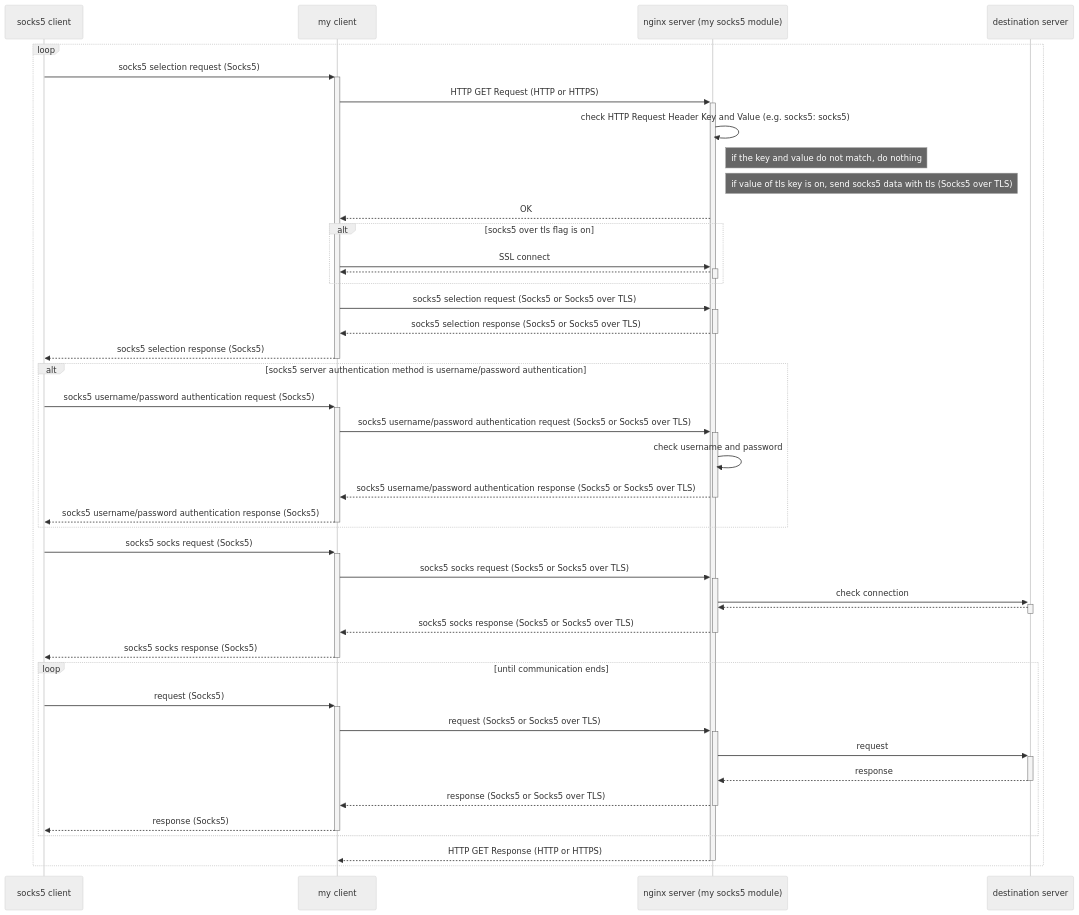
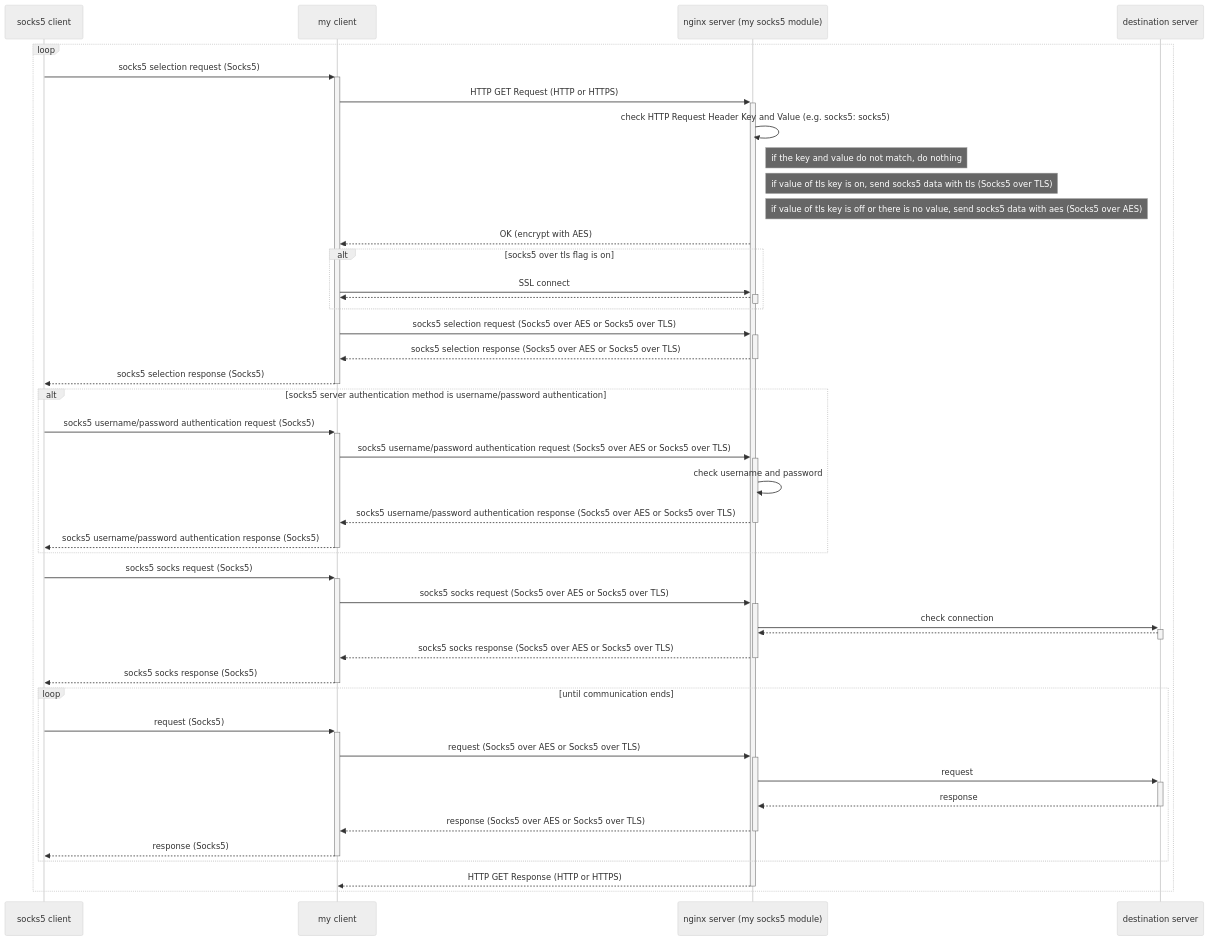
The diagram in README.md (shuichiro-endo/socks5-nginx-module), drawn with Mermaid (neutral theme) before and after one commit. The commit also changed other lines of this file and 4 other files, not shown here.

Commit message:
add socks5 over aes

````diff
--- a/README.md
+++ b/README.md
@@ -9,44 +9,45 @@
 ```mermaid
 sequenceDiagram
     participant A as socks5 client
     participant B as my client
     participant C as nginx server (my socks5 module)
     participant D as destination server
     loop 
         A->>+B: socks5 selection request (Socks5)
         B->>+C: HTTP GET Request (HTTP or HTTPS)
         C->>C: check HTTP Request Header Key and Value (e.g. socks5: socks5)
         note right of C: if the key and value do not match, do nothing
         note right of C: if value of tls key is on, send socks5 data with tls (Socks5 over TLS)
-        C-->>B: OK
+        note right of C: if value of tls key is off or there is no value, send socks5 data with aes (Socks5 over AES)
+        C-->>B: OK (encrypt with AES)
         alt socks5 over tls flag is on
         B->>+C: SSL connect
         C-->>-B: 
         end
-        B->>+C: socks5 selection request (Socks5 or Socks5 over TLS)
-        C-->>-B: socks5 selection response (Socks5 or Socks5 over TLS)
+        B->>+C: socks5 selection request (Socks5 over AES or Socks5 over TLS)
+        C-->>-B: socks5 selection response (Socks5 over AES or Socks5 over TLS)
         B-->>-A: socks5 selection response (Socks5)
         alt socks5 server authentication method is username/password authentication
         A->>+B: socks5 username/password authentication request (Socks5)
-        B->>+C: socks5 username/password authentication request (Socks5 or Socks5 over TLS)
+        B->>+C: socks5 username/password authentication request (Socks5 over AES or Socks5 over TLS)
         C->>C: check username and password
-        C-->>-B: socks5 username/password authentication response (Socks5 or Socks5 over TLS)
+        C-->>-B: socks5 username/password authentication response (Socks5 over AES or Socks5 over TLS)
         B-->>-A: socks5 username/password authentication response (Socks5)
         end
         A->>+B: socks5 socks request (Socks5)
-        B->>+C: socks5 socks request (Socks5 or Socks5 over TLS)
+        B->>+C: socks5 socks request (Socks5 over AES or Socks5 over TLS)
         C->>+D: check connection
         D-->>-C:  
-        C-->>-B: socks5 socks response (Socks5 or Socks5 over TLS)
+        C-->>-B: socks5 socks response (Socks5 over AES or Socks5 over TLS)
         B-->>-A: socks5 socks response (Socks5)
         loop until communication ends
             A->>+B: request (Socks5)
-            B->>+C: request (Socks5 or Socks5 over TLS)
+            B->>+C: request (Socks5 over AES or Socks5 over TLS)
             C->>+D: request
             D-->>-C: response
-            C-->>-B: response (Socks5 or Socks5 over TLS)
+            C-->>-B: response (Socks5 over AES or Socks5 over TLS)
             B-->>-A: response (Socks5)
         end
         C-->>-B: HTTP GET Response (HTTP or HTTPS)
     end
 ```
````
